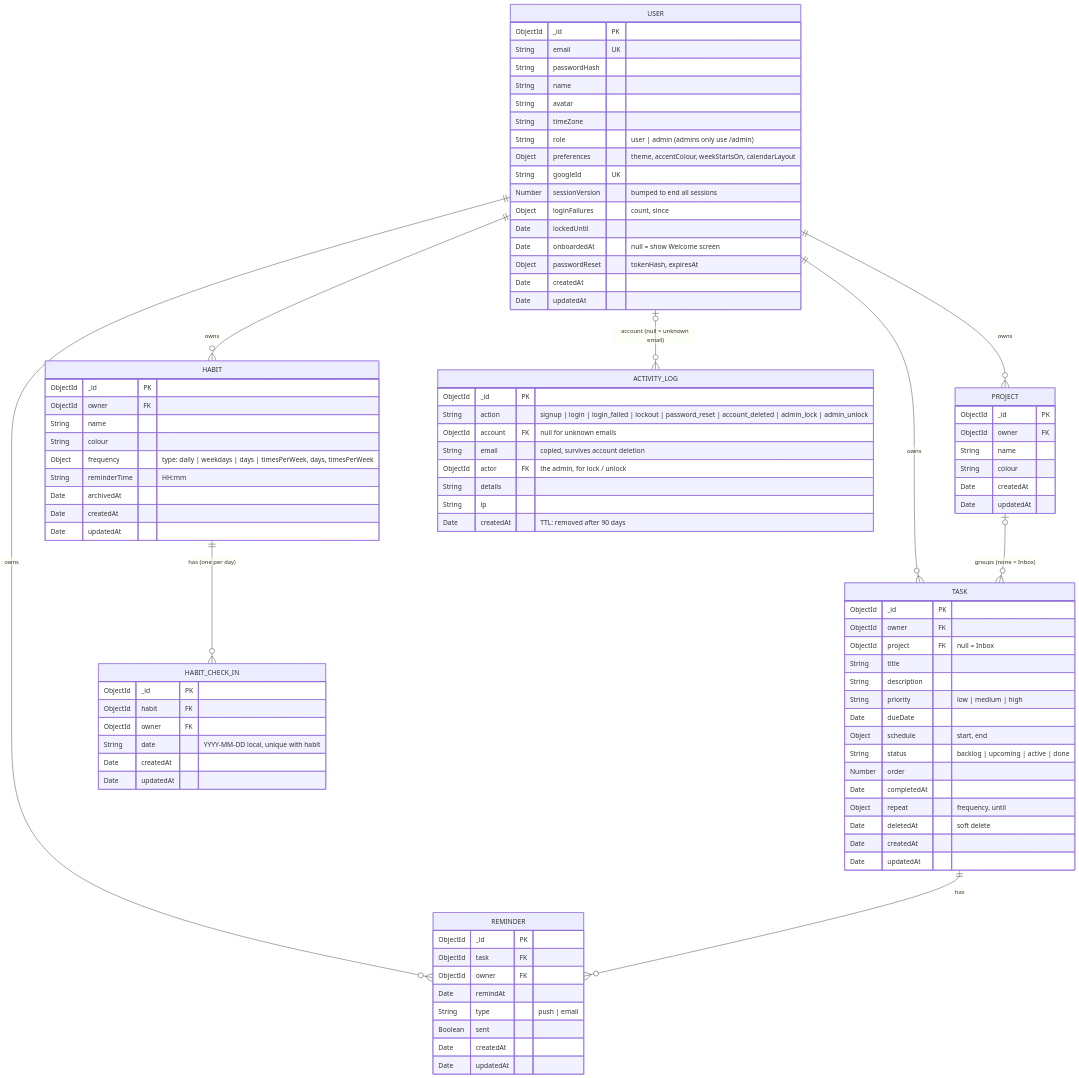
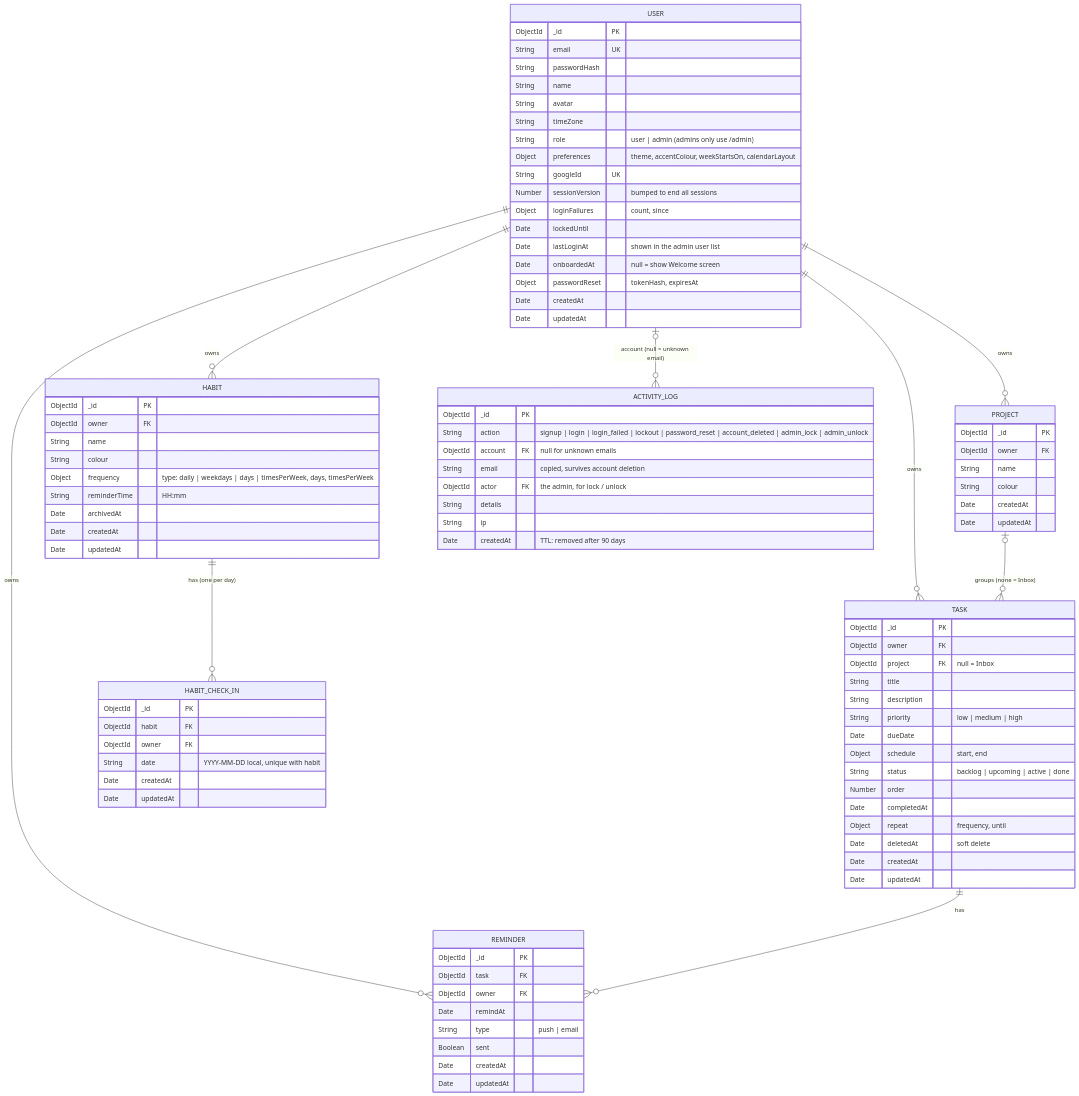
Before and after one commit to khang-ngo4444/VCD_Agendal: the diagram in docs/erd.mmd, drawn with Mermaid. The commit also changed 15 other files, not shown here.

First line of the commit message:
Add the admin user list with search and paging

```diff
--- a/docs/erd.mmd
+++ b/docs/erd.mmd
@@ -1,94 +1,95 @@
 %% Source for docs/erd.png. Re-render after editing:
 %% npx -y @mermaid-js/mermaid-cli -i docs/erd.mmd -o docs/erd.png -b white -s 2
 erDiagram
     USER ||--o{ PROJECT : owns
     USER ||--o{ TASK : owns
     USER ||--o{ REMINDER : owns
     PROJECT |o--o{ TASK : "groups (none = Inbox)"
     TASK ||--o{ REMINDER : has
     USER ||--o{ HABIT : owns
     HABIT ||--o{ HABIT_CHECK_IN : "has (one per day)"
     USER |o--o{ ACTIVITY_LOG : "account (null = unknown email)"
 
     USER {
         ObjectId _id PK
         String email UK
         String passwordHash
         String name
         String avatar
         String timeZone
         String role "user | admin (admins only use /admin)"
         Object preferences "theme, accentColour, weekStartsOn, calendarLayout"
         String googleId UK
         Number sessionVersion "bumped to end all sessions"
         Object loginFailures "count, since"
         Date lockedUntil
+        Date lastLoginAt "shown in the admin user list"
         Date onboardedAt "null = show Welcome screen"
         Object passwordReset "tokenHash, expiresAt"
         Date createdAt
         Date updatedAt
     }
     PROJECT {
         ObjectId _id PK
         ObjectId owner FK
         String name
         String colour
         Date createdAt
         Date updatedAt
     }
     TASK {
         ObjectId _id PK
         ObjectId owner FK
         ObjectId project FK "null = Inbox"
         String title
         String description
         String priority "low | medium | high"
         Date dueDate
         Object schedule "start, end"
         String status "backlog | upcoming | active | done"
         Number order
         Date completedAt
         Object repeat "frequency, until"
         Date deletedAt "soft delete"
         Date createdAt
         Date updatedAt
     }
     REMINDER {
         ObjectId _id PK
         ObjectId task FK
         ObjectId owner FK
         Date remindAt
         String type "push | email"
         Boolean sent
         Date createdAt
         Date updatedAt
     }
     HABIT {
         ObjectId _id PK
         ObjectId owner FK
         String name
         String colour
         Object frequency "type: daily | weekdays | days | timesPerWeek, days, timesPerWeek"
         String reminderTime "HH:mm"
         Date archivedAt
         Date createdAt
         Date updatedAt
     }
     HABIT_CHECK_IN {
         ObjectId _id PK
         ObjectId habit FK
         ObjectId owner FK
         String date "YYYY-MM-DD local, unique with habit"
         Date createdAt
         Date updatedAt
     }
     ACTIVITY_LOG {
         ObjectId _id PK
         String action "signup | login | login_failed | lockout | password_reset | account_deleted | admin_lock | admin_unlock"
         ObjectId account FK "null for unknown emails"
         String email "copied, survives account deletion"
         ObjectId actor FK "the admin, for lock / unlock"
         String details
         String ip
         Date createdAt "TTL: removed after 90 days"
     }
```
